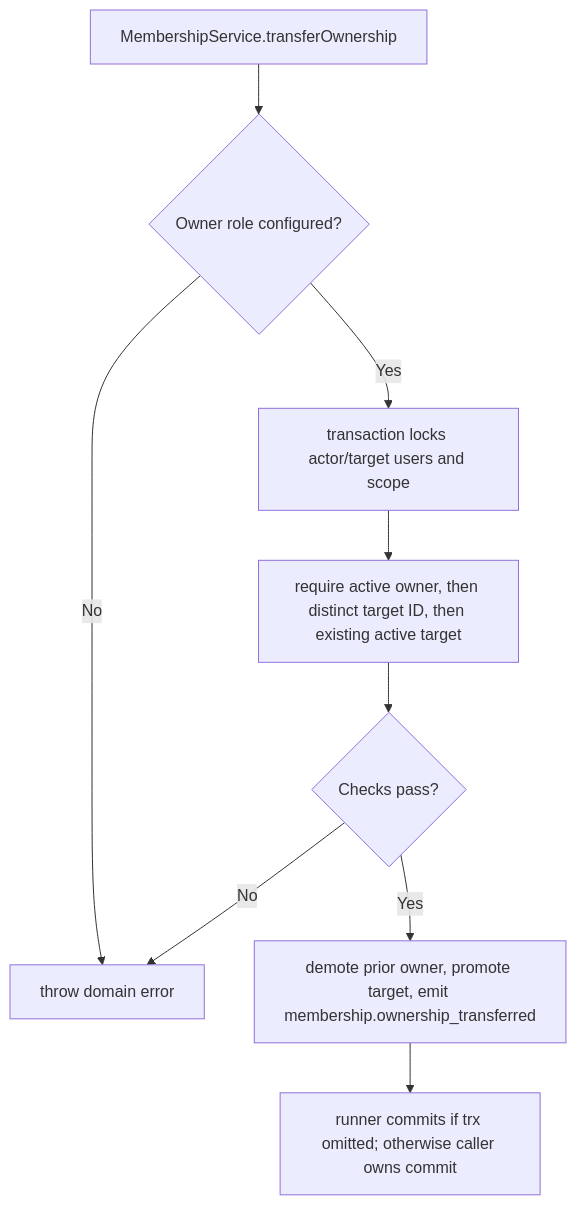
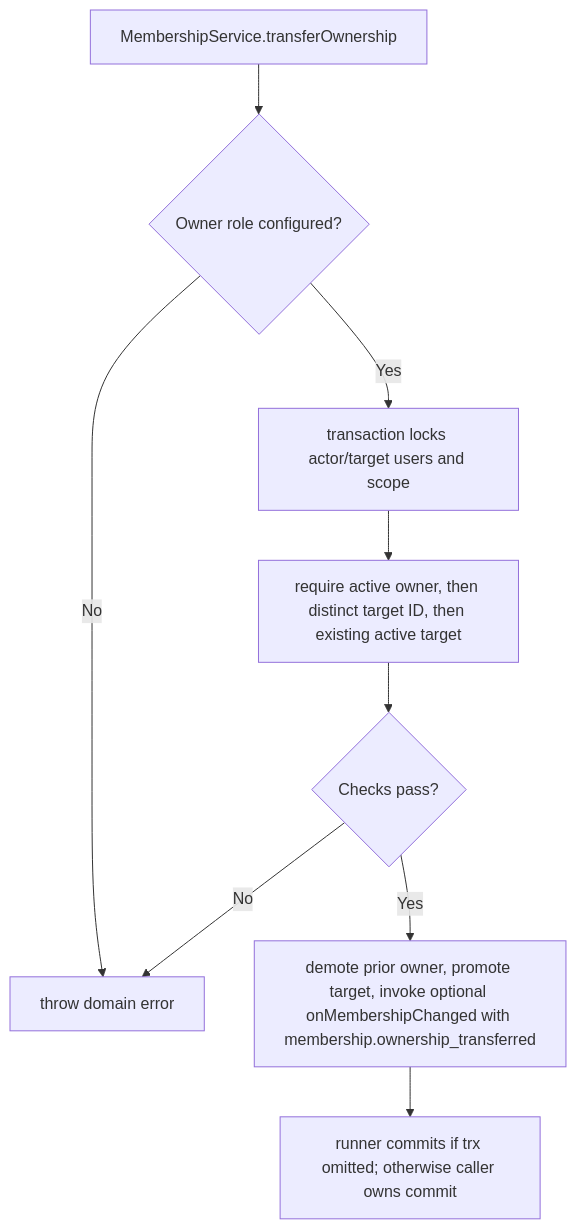
Before and after one commit to Kevinjohn/oss-adonisjs-access-control: the second of 2 diagrams in user-stories/US-ACCESS-08-transfer-ownership.md, drawn with Mermaid. The commit also changed other lines of this file and 22 other files, not shown here.

````diff
--- a/user-stories/US-ACCESS-08-transfer-ownership.md
+++ b/user-stories/US-ACCESS-08-transfer-ownership.md
@@ -31,11 +31,11 @@
 ```mermaid
 flowchart TD
     A["MembershipService.transferOwnership"] --> O{"Owner role configured?"}
     O -->|No| E["throw domain error"]
     O -->|Yes| B["transaction locks actor/target users and scope"]
     B --> C["require active owner, then distinct target ID, then existing active target"]
     C --> D{"Checks pass?"}
     D -->|No| E["throw domain error"]
-    D -->|Yes| F["demote prior owner, promote target, emit membership.ownership_transferred"]
+    D -->|Yes| F["demote prior owner, promote target, invoke optional onMembershipChanged with membership.ownership_transferred"]
     F --> G["runner commits if trx omitted; otherwise caller owns commit"]
 ```
````
